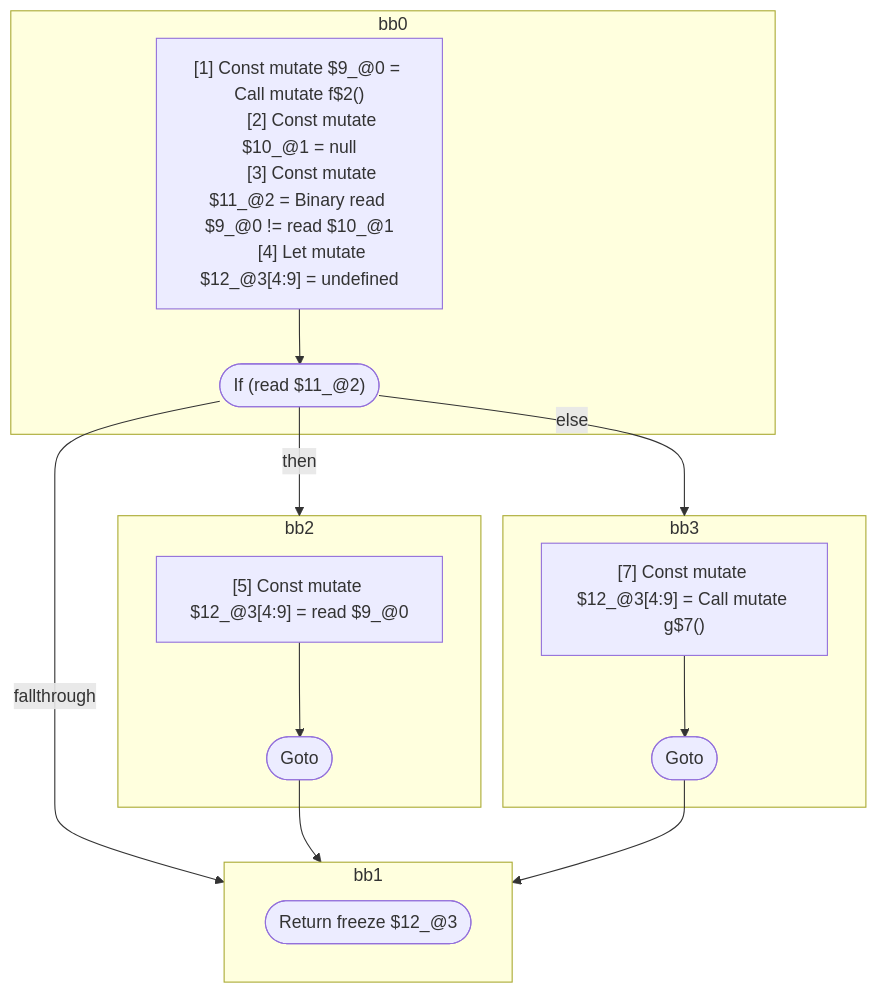
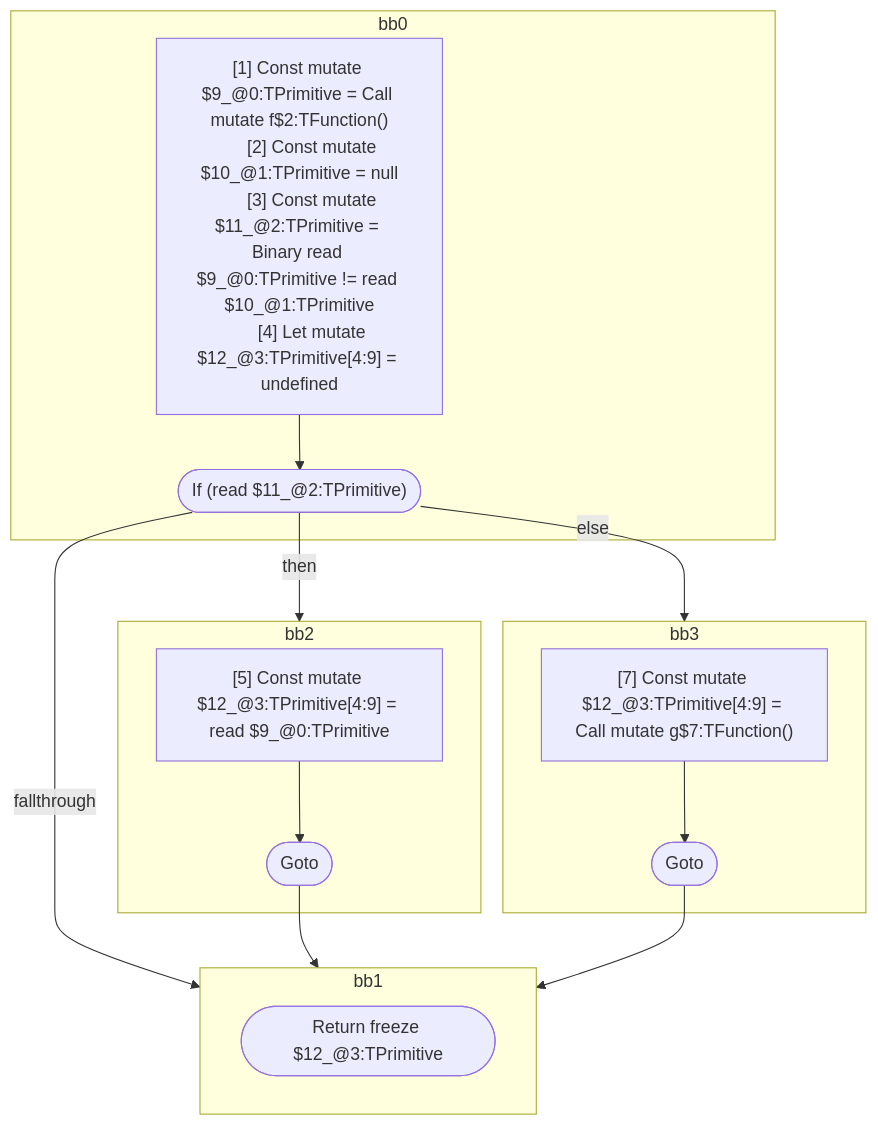
The third of 5 diagrams in compiler/forget/src/__tests__/fixtures/hir/logical-expression.expect.md (wutsmog/private), drawn with Mermaid before and after one commit. The commit also changed other lines of this file and 112 other files, not shown here.

````diff
--- a/compiler/forget/src/__tests__/fixtures/hir/logical-expression.expect.md
+++ b/compiler/forget/src/__tests__/fixtures/hir/logical-expression.expect.md
@@ -260,36 +260,36 @@
 ```mermaid
 flowchart TB
   %% Basic Blocks
   subgraph bb0
     bb0_instrs["
-      [1] Const mutate $9_@0 = Call mutate f$2()
-      [2] Const mutate $10_@1 = null
-      [3] Const mutate $11_@2 = Binary read $9_@0 != read $10_@1
-      [4] Let mutate $12_@3[4:9] = undefined
+      [1] Const mutate $9_@0:TPrimitive = Call mutate f$2:TFunction()
+      [2] Const mutate $10_@1:TPrimitive = null
+      [3] Const mutate $11_@2:TPrimitive = Binary read $9_@0:TPrimitive != read $10_@1:TPrimitive
+      [4] Let mutate $12_@3:TPrimitive[4:9] = undefined
     "]
-    bb0_instrs --> bb0_terminal(["If (read $11_@2)"])
+    bb0_instrs --> bb0_terminal(["If (read $11_@2:TPrimitive)"])
   end
   subgraph bb2
     bb2_instrs["
-      [5] Const mutate $12_@3[4:9] = read $9_@0
+      [5] Const mutate $12_@3:TPrimitive[4:9] = read $9_@0:TPrimitive
     "]
     bb2_instrs --> bb2_terminal(["Goto"])
   end
   subgraph bb3
     bb3_instrs["
-      [7] Const mutate $12_@3[4:9] = Call mutate g$7()
+      [7] Const mutate $12_@3:TPrimitive[4:9] = Call mutate g$7:TFunction()
     "]
     bb3_instrs --> bb3_terminal(["Goto"])
   end
   subgraph bb1
-    bb1_terminal(["Return freeze $12_@3"])
+    bb1_terminal(["Return freeze $12_@3:TPrimitive"])
   end
 
   %% Jumps
   bb0_terminal -- "then" --> bb2
   bb0_terminal -- "else" --> bb3
   bb0_terminal -- "fallthrough" --> bb1
   bb2_terminal --> bb1
   bb3_terminal --> bb1
 
 ```
````
